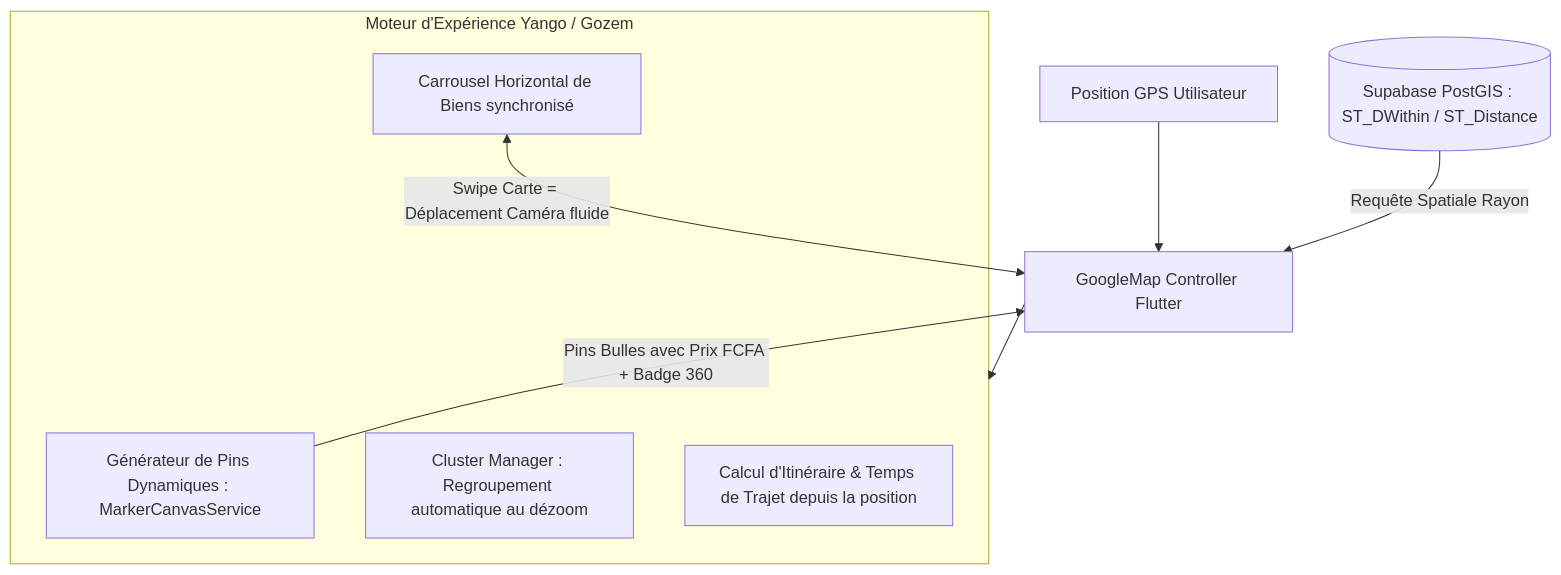
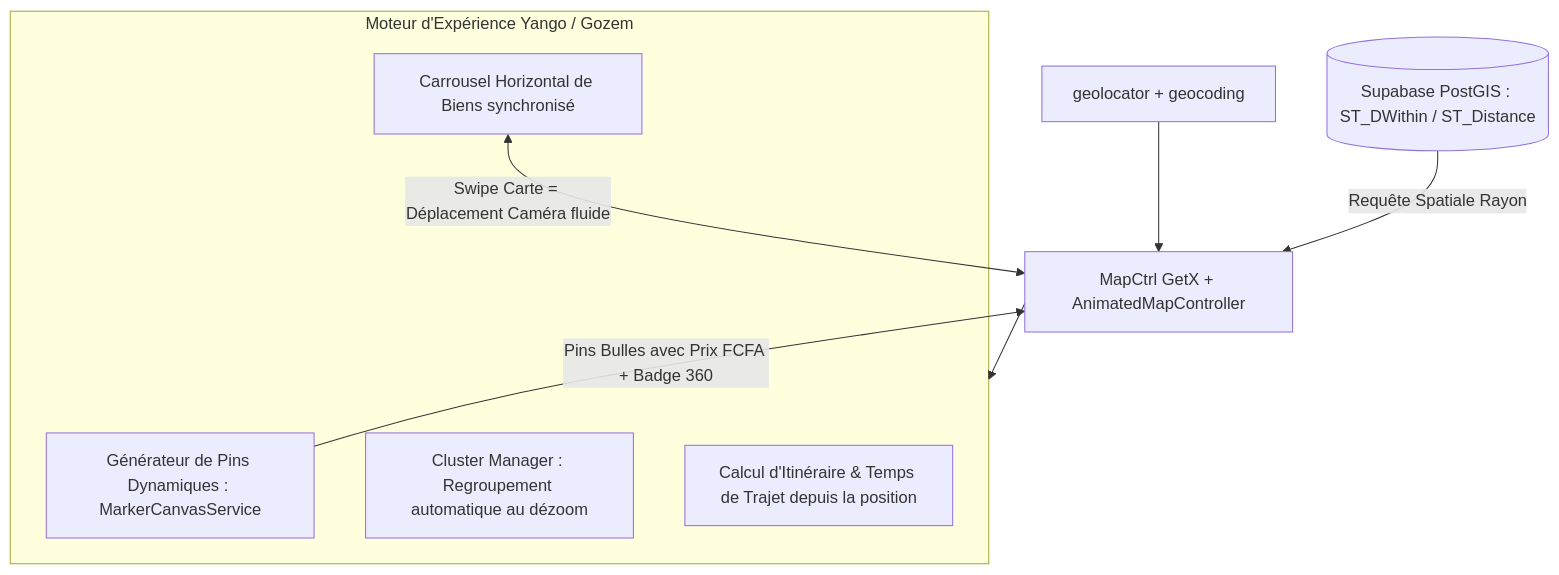
The fifth of 5 diagrams in ARCHITECTURE.md (Keiisis/EAZYRENT), drawn with Mermaid before and after one commit. The commit also changed other lines of this file and 10 other files, not shown here.

````diff
--- a/ARCHITECTURE.md
+++ b/ARCHITECTURE.md
@@ -258,16 +273,16 @@
 ```mermaid
 graph TD
-    UserGPS[Position GPS Utilisateur] --> MapController[GoogleMap Controller Flutter]
+    UserGPS[geolocator + geocoding] --> MapController[MapCtrl GetX + AnimatedMapController]
     SupaPostGIS[(Supabase PostGIS : ST_DWithin / ST_Distance)] -->|Requête Spatiale Rayon| MapController
     
     subgraph Yango_UI_Engine [Moteur d'Expérience Yango / Gozem]
         CustomCanvas[Générateur de Pins Dynamiques : MarkerCanvasService]
         Cluster[Cluster Manager : Regroupement automatique au dézoom]
         CardCarousel[Carrousel Horizontal de Biens synchronisé]
         RoutePolyline[Calcul d'Itinéraire & Temps de Trajet depuis la position]
     end
     
     MapController --> Yango_UI_Engine
     CustomCanvas -->|Pins Bulles avec Prix FCFA + Badge 360| MapController
     CardCarousel <-->|Swipe Carte = Déplacement Caméra fluide| MapController
 ```
````
